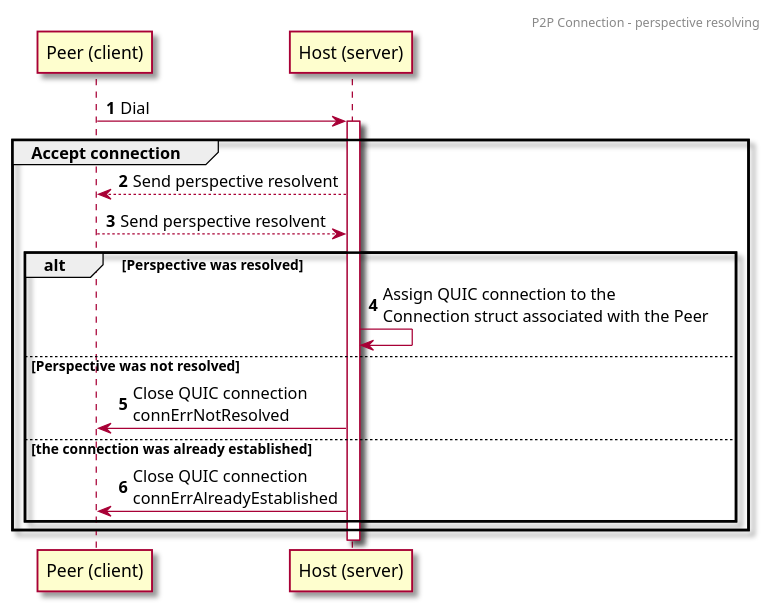
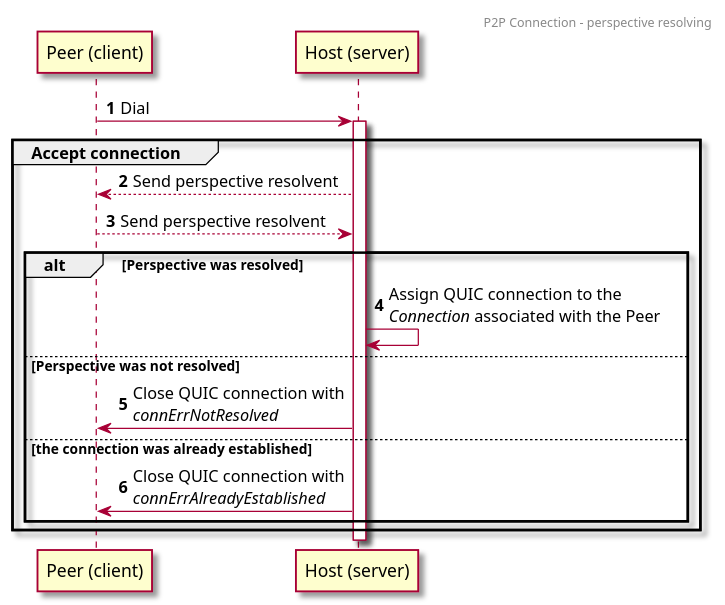
The diagram in docs/perspective_resolving.puml (Zamerykanizowana/replicated-file-system), drawn with PlantUML before and after one commit. The commit also changed 3 other files, not shown here.

Commit message:
chore(docs): add conflicts_resolving diagram

```diff
--- a/docs/perspective_resolving.puml
+++ b/docs/perspective_resolving.puml
@@ -1,26 +1,26 @@
 @startuml
 'https://plantuml.com/sequence-diagram
 
 skin rose
 
 header P2P Connection - perspective resolving
 
 participant "Peer (client)" as Peer
 participant "Host (server)" as Host
 
 autonumber
 
 Peer -> Host ++ : Dial
 group Accept connection
     Host --> Peer: Send perspective resolvent
     Peer --> Host: Send perspective resolvent
     alt Perspective was resolved
-        Host -> Host: Assign QUIC connection to the\nConnection struct associated with the Peer
+        Host -> Host: Assign QUIC connection to the\n//Connection// associated with the Peer
     else Perspective was not resolved
-        Host -> Peer: Close QUIC connection\nconnErrNotResolved
+        Host -> Peer: Close QUIC connection with\n//connErrNotResolved//
     else the connection was already established
-        Host -> Peer: Close QUIC connection\nconnErrAlreadyEstablished
+        Host -> Peer: Close QUIC connection with\n//connErrAlreadyEstablished//
     end
 end
 
 @enduml
```
